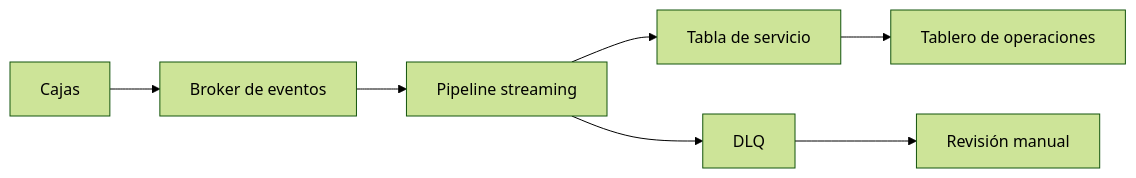
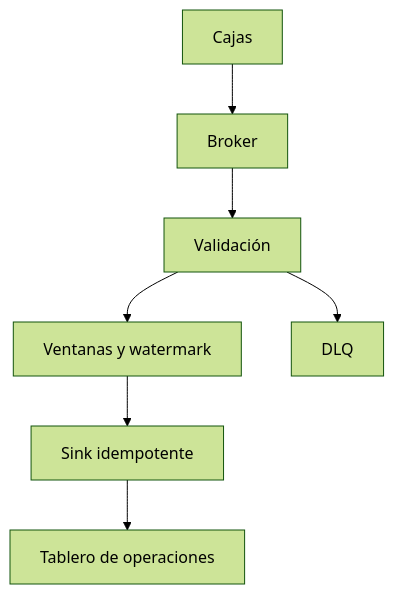
Before and after one commit to fcp4891/de-knowledge-hub: the first of 3 diagrams in content/architectures/streaming-pipeline-architecture.md, drawn with Mermaid (forest theme). The commit also changed other lines of this file and 13 other files, not shown here.

````diff
--- a/content/architectures/streaming-pipeline-architecture.md
+++ b/content/architectures/streaming-pipeline-architecture.md
@@ -148,9 +148,9 @@
 ```mermaid
-flowchart LR
-  C["Cajas"] --> B["Broker de eventos"]
-  B --> P["Pipeline streaming"]
-  P --> S["Tabla de servicio"]
-  P --> D["DLQ"]
+flowchart TB
+  C["Cajas"] --> B["Broker"]
+  B --> V["Validación"]
+  V --> W["Ventanas y watermark"]
+  V --> D["DLQ"]
+  W --> S["Sink idempotente"]
   S --> O["Tablero de operaciones"]
-  D --> R["Revisión manual"]
 ```
````
